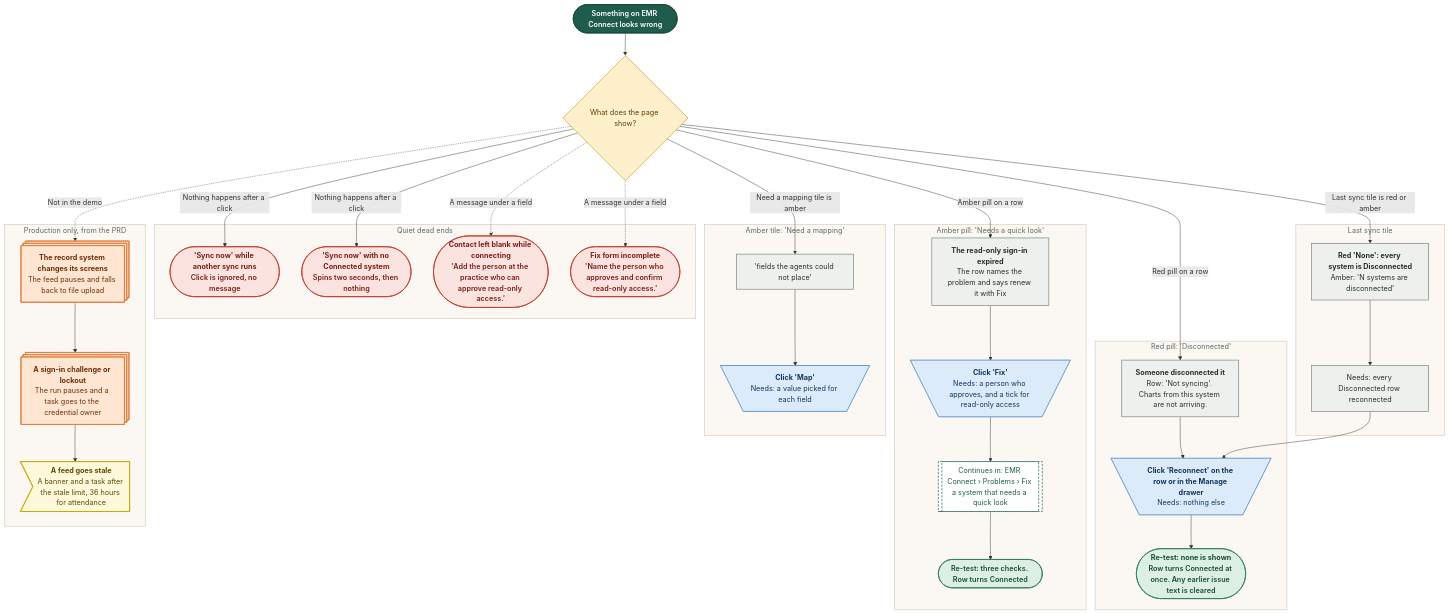
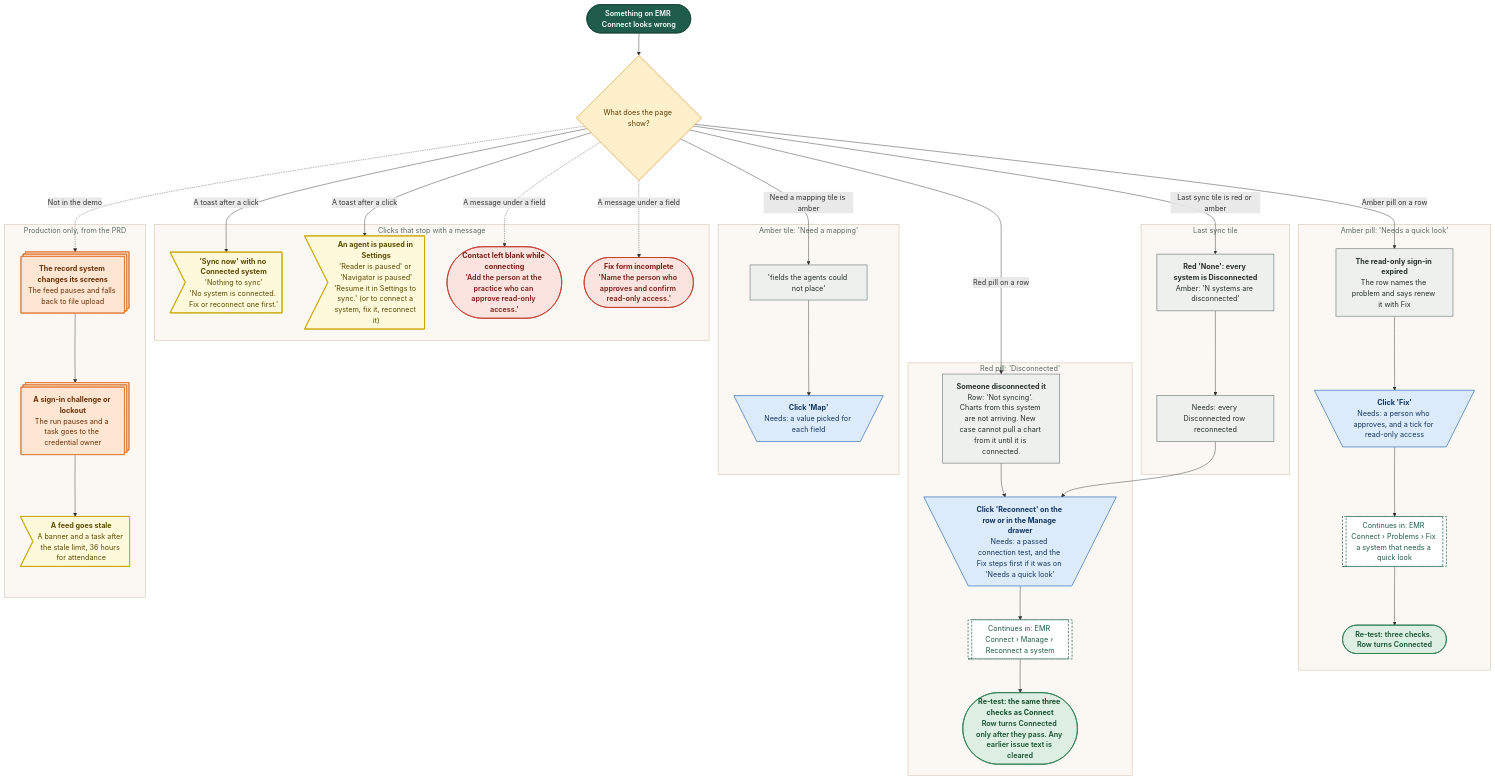
One commit to Shrav143/psyfloapp changed diagram 14 of 17 in demos/prior-auth-demo/workflows/out/md/09-emr-connect.md. Above: the diagram before and after it, drawn with Mermaid. The commit also changed other lines of this file and 195 other files, not shown here.

First line of the commit message:
docs: Rebuild workflow diagrams after the demo fixes (220 diagrams)

````diff
--- a/demos/prior-auth-demo/workflows/out/md/09-emr-connect.md
+++ b/demos/prior-auth-demo/workflows/out/md/09-emr-connect.md
@@ -978,80 +1105,81 @@
 ```mermaid
 %%{init: {"theme":"base","themeVariables":{"fontFamily":"'DM Sans', 'Segoe UI', system-ui, sans-serif","fontSize":"15px","lineColor":"#5B6B63","primaryTextColor":"#1C2B25","clusterBkg":"#FBF8F3","clusterBorder":"#D9CDBB","edgeLabelBackground":"#FFFFFF"},"flowchart":{"curve":"basis","nodeSpacing":36,"rankSpacing":48,"padding":12,"htmlLabels":true,"useMaxWidth":false,"wrappingWidth":230}} }%%
 flowchart TD
   classDef k_start fill:#1F5C4B,stroke:#174638,color:#FFFFFF,stroke-width:1.5px,font-weight:600
   classDef k_end fill:#DDEFE3,stroke:#2E7D4F,color:#14502F,stroke-width:1.5px,font-weight:600
   classDef k_endx fill:#FBE3E0,stroke:#C0392B,color:#7A1F16,stroke-width:1.5px,font-weight:600
   classDef k_screen fill:#FFFDF8,stroke:#1F5C4B,color:#1C2B25,stroke-width:2px
   classDef k_overlay fill:#F1F7F3,stroke:#1F5C4B,color:#1C2B25,stroke-width:2px,stroke-dasharray:5 3
   classDef k_click fill:#DCEBFA,stroke:#2F6DB5,color:#12365F,stroke-width:1.5px
   classDef k_input fill:#E4E7FF,stroke:#4C5FD5,color:#1D2670,stroke-width:1.5px
   classDef k_process fill:#EEF0EE,stroke:#7A857F,color:#26302B,stroke-width:1.5px
   classDef k_agent fill:#EEE5FA,stroke:#7A4FC2,color:#341A63,stroke-width:1.5px
   classDef k_decision fill:#FFF0CC,stroke:#D9962B,color:#5C3B00,stroke-width:1.5px
   classDef k_store fill:#D5F0EA,stroke:#1C8E7B,color:#0B4A3F,stroke-width:1.5px
   classDef k_doc fill:#F6E9DC,stroke:#B07A4C,color:#4A2E14,stroke-width:1.5px
   classDef k_ext fill:#FFE6D2,stroke:#E07B39,color:#6B2F06,stroke-width:1.5px
   classDef k_wait fill:#E4E8EE,stroke:#6B7C93,color:#26303D,stroke-width:1.5px
   classDef k_toast fill:#FFF9DB,stroke:#C9A400,color:#5A4A00,stroke-width:1.5px
   classDef k_goto fill:#FFFFFF,stroke:#1F5C4B,color:#1F5C4B,stroke-width:1.5px,stroke-dasharray:5 3
   s1@{ shape: stadium, label: "Something on EMR Connect looks wrong" }
   q1@{ shape: diam, label: "What does the page show?" }
   subgraph gA ["Amber pill: 'Needs a quick look'"]
   a1@{ shape: rect, label: "<b>The read-only sign-in expired</b><br/>The row names the problem and says renew it with Fix" }
   a2@{ shape: trap-t, label: "<b>Click 'Fix'</b><br/>Needs: a person who approves, and a tick for read-only access" }
   a3@{ shape: subproc, label: "Continues in: EMR Connect › Problems › Fix a system that needs a quick look" }
   a4@{ shape: stadium, label: "Re-test: three checks. Row turns Connected" }
   end
   subgraph gR ["Red pill: 'Disconnected'"]
-  r1@{ shape: rect, label: "<b>Someone disconnected it</b><br/>Row: 'Not syncing'. Charts from this system are not arriving." }
-  r2@{ shape: trap-t, label: "<b>Click 'Reconnect' on the row or in the Manage drawer</b><br/>Needs: nothing else" }
-  r3@{ shape: stadium, label: "<b>Re-test: none is shown</b><br/>Row turns Connected at once. Any earlier issue text is cleared" }
+  r1@{ shape: rect, label: "<b>Someone disconnected it</b><br/>Row: 'Not syncing'. Charts from this system are not arriving. New case cannot pull a chart from it until it is connected." }
+  r2@{ shape: trap-t, label: "<b>Click 'Reconnect' on the row or in the Manage drawer</b><br/>Needs: a passed connection test, and the Fix steps first if it was on 'Needs a quick look'" }
+  r4@{ shape: subproc, label: "Continues in: EMR Connect › Manage › Reconnect a system" }
+  r3@{ shape: stadium, label: "<b>Re-test: the same three checks as Connect</b><br/>Row turns Connected only after they pass. Any earlier issue text is cleared" }
   end
   subgraph gT ["Last sync tile"]
   t1@{ shape: rect, label: "<b>Red 'None': every system is Disconnected</b><br/>Amber: 'N systems are disconnected'" }
   t2@{ shape: rect, label: "Needs: every Disconnected row reconnected" }
   end
   subgraph gM ["Amber tile: 'Need a mapping'"]
   m1@{ shape: rect, label: "'fields the agents could not place'" }
   m2@{ shape: trap-t, label: "<b>Click 'Map'</b><br/>Needs: a value picked for each field" }
   end
-  subgraph gQ ["Quiet dead ends"]
-  d1@{ shape: stadium, label: "<b>'Sync now' while another sync runs</b><br/>Click is ignored, no message" }
-  d2@{ shape: stadium, label: "<b>'Sync now' with no Connected system</b><br/>Spins two seconds, then nothing" }
+  subgraph gQ ["Clicks that stop with a message"]
+  d1@{ shape: odd, label: "<b>'Sync now' with no Connected system</b><br/>'Nothing to sync'<br/>'No system is connected. Fix or reconnect one first.'" }
+  d5@{ shape: odd, label: "<b>An agent is paused in Settings</b><br/>'Reader is paused' or 'Navigator is paused'<br/>'Resume it in Settings to sync.' (or to connect a system, fix it, reconnect it)" }
   d3@{ shape: stadium, label: "<b>Contact left blank while connecting</b><br/>'Add the person at the practice who can approve read-only access.'" }
   d4@{ shape: stadium, label: "<b>Fix form incomplete</b><br/>'Name the person who approves and confirm read-only access.'" }
   end
   subgraph gP ["Production only, from the PRD"]
   p1@{ shape: st-rect, label: "<b>The record system changes its screens</b><br/>The feed pauses and falls back to file upload" }
   p2@{ shape: st-rect, label: "<b>A sign-in challenge or lockout</b><br/>The run pauses and a task goes to the credential owner" }
   p3@{ shape: odd, label: "<b>A feed goes stale</b><br/>A banner and a task after the stale limit, 36 hours for attendance" }
   end
   s1 --> q1
   q1 -->|"Amber pill on a row"| a1 --> a2 --> a3
   a3 --> a4
-  q1 -->|"Red pill on a row"| r1 --> r2 --> r3
+  q1 -->|"Red pill on a row"| r1 --> r2 --> r4 --> r3
   q1 -->|"Last sync tile is red or amber"| t1 --> t2
   t2 --> r2
   q1 -->|"Need a mapping tile is amber"| m1 --> m2
-  q1 -->|"Nothing happens after a click"| d1
-  q1 -->|"Nothing happens after a click"| d2
+  q1 -->|"A toast after a click"| d1
+  q1 -->|"A toast after a click"| d5
   q1 -.->|"A message under a field"| d3
   q1 -.->|"A message under a field"| d4
   q1 -.->|"Not in the demo"| p1
   p1 --> p2 --> p3
   class s1 k_start
   class q1 k_decision
   class a1,r1,t1,t2,m1 k_process
   class a2,r2,m2 k_click
-  class a3 k_goto
+  class a3,r4 k_goto
   class a4,r3 k_end
-  class d1,d2,d3,d4 k_endx
+  class d1,d5,p3 k_toast
+  class d3,d4 k_endx
   class p1,p2 k_ext
-  class p3 k_toast
   style gA fill:#FBF8F3,stroke:#D9CDBB,stroke-width:1.5px,color:#5B6B63
   style gR fill:#FBF8F3,stroke:#D9CDBB,stroke-width:1.5px,color:#5B6B63
   style gT fill:#FBF8F3,stroke:#D9CDBB,stroke-width:1.5px,color:#5B6B63
   style gM fill:#FBF8F3,stroke:#D9CDBB,stroke-width:1.5px,color:#5B6B63
   style gQ fill:#FBF8F3,stroke:#D9CDBB,stroke-width:1.5px,color:#5B6B63
   style gP fill:#FBF8F3,stroke:#D9CDBB,stroke-width:1.5px,color:#5B6B63
 ```
````
